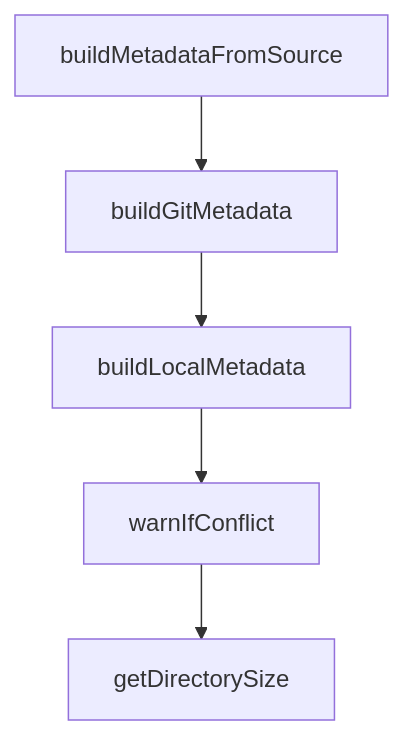
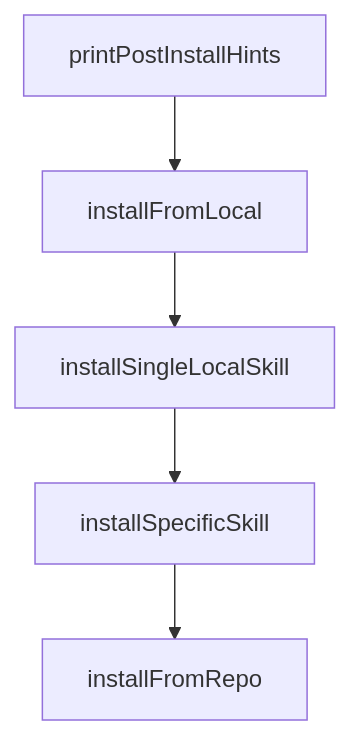
Before and after one commit to johnxie/awesome-code-docs: the diagram in tutorials/openskills-tutorial/04-sync-and-agents-md-integration.md, drawn with Mermaid. The commit also changed other lines of this file and 1232 other files, not shown here.

````diff
--- a/tutorials/openskills-tutorial/04-sync-and-agents-md-integration.md
+++ b/tutorials/openskills-tutorial/04-sync-and-agents-md-integration.md
@@ -200,12 +198,12 @@
 ```mermaid
 flowchart TD
-    A[buildMetadataFromSource]
-    B[buildGitMetadata]
-    C[buildLocalMetadata]
-    D[warnIfConflict]
-    E[getDirectorySize]
+    A[printPostInstallHints]
+    B[installFromLocal]
+    C[installSingleLocalSkill]
+    D[installSpecificSkill]
+    E[installFromRepo]
     A --> B
     B --> C
     C --> D
     D --> E
 ```
````
